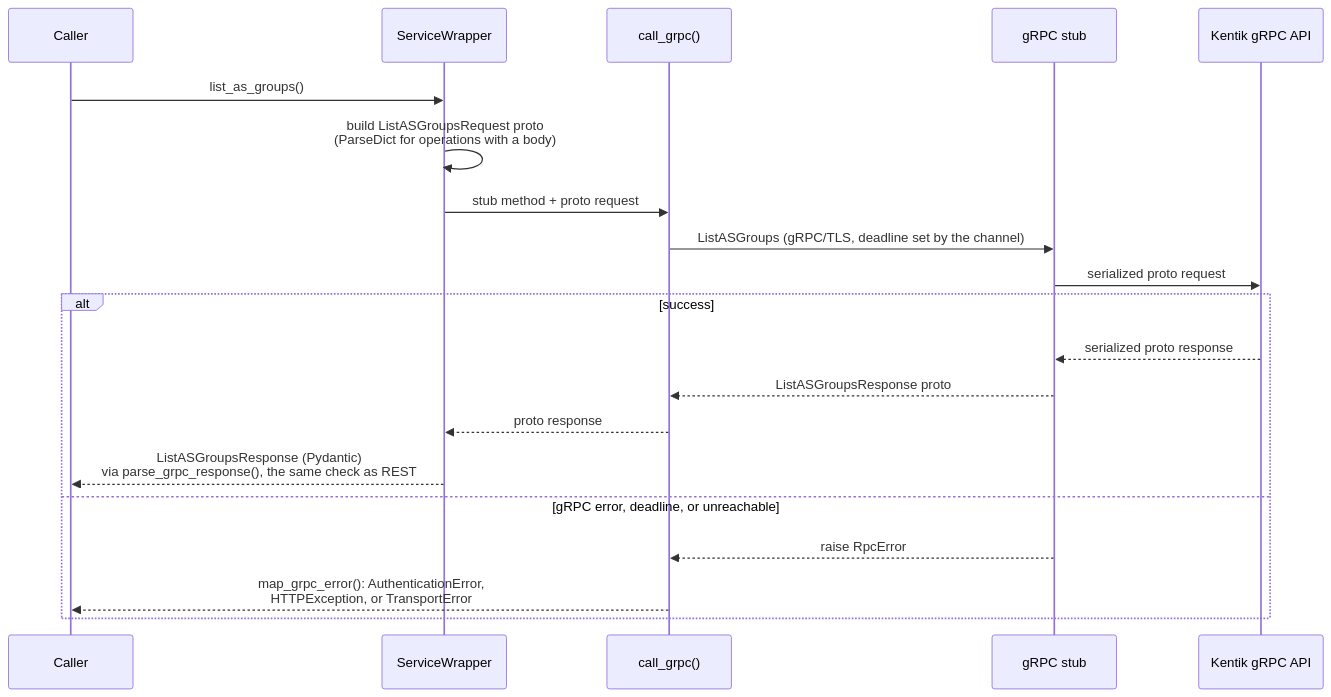
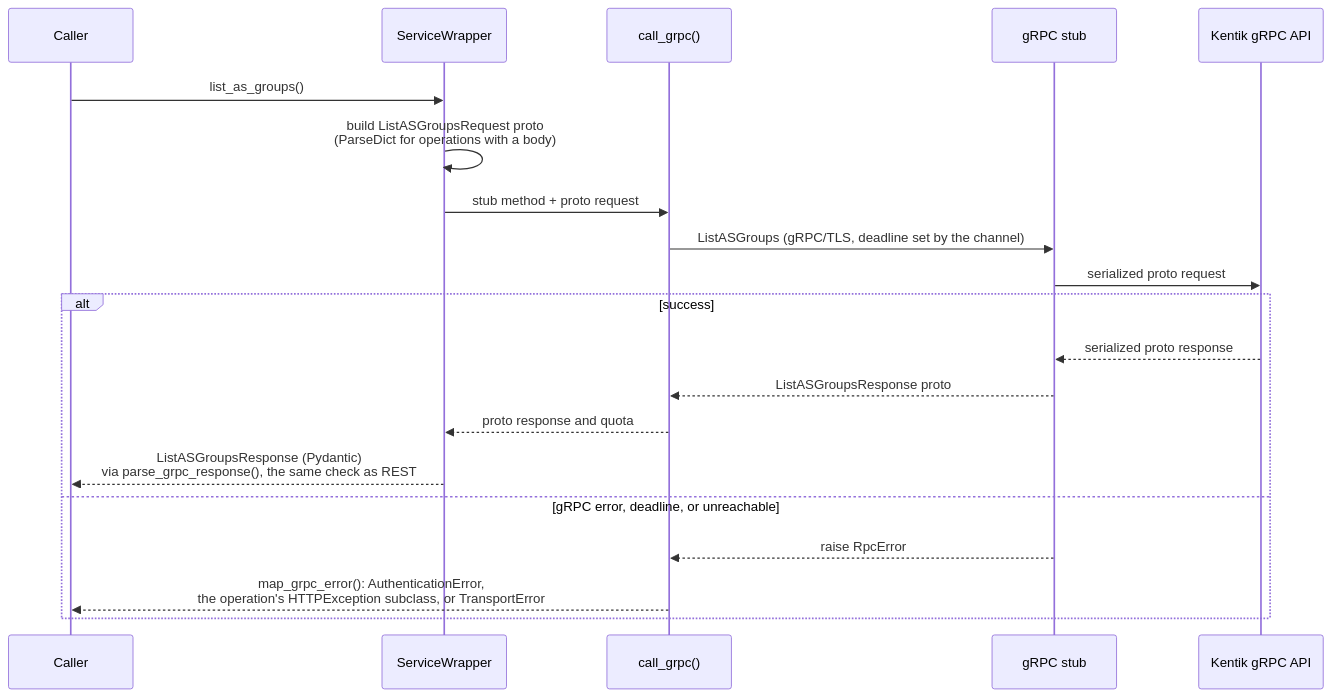
One commit to alexdearaujo/community_sdk_python changed the second of 2 diagrams in docs/sphinx/guides/grpc.md. Above: the diagram before and after it, drawn with Mermaid. The commit also changed other lines of this file and 37 other files, not shown here.

````diff
--- a/docs/sphinx/guides/grpc.md
+++ b/docs/sphinx/guides/grpc.md
@@ -69,23 +69,23 @@
 ```mermaid
 sequenceDiagram
     participant C as Caller
     participant W as ServiceWrapper
     participant CG as call_grpc()
     participant S as gRPC stub
     participant API as Kentik gRPC API
 
     C->>W: list_as_groups()
     W->>W: build ListASGroupsRequest proto<br/>(ParseDict for operations with a body)
     W->>CG: stub method + proto request
     CG->>S: ListASGroups (gRPC/TLS, deadline set by the channel)
     S->>API: serialized proto request
     alt success
         API-->>S: serialized proto response
         S-->>CG: ListASGroupsResponse proto
-        CG-->>W: proto response
+        CG-->>W: proto response and quota
         W-->>C: ListASGroupsResponse (Pydantic)<br/>via parse_grpc_response(), the same check as REST
     else gRPC error, deadline, or unreachable
         S-->>CG: raise RpcError
-        CG-->>C: map_grpc_error(): AuthenticationError,<br/>HTTPException, or TransportError
+        CG-->>C: map_grpc_error(): AuthenticationError,<br/>the operation's HTTPException subclass, or TransportError
     end
 ```
````
